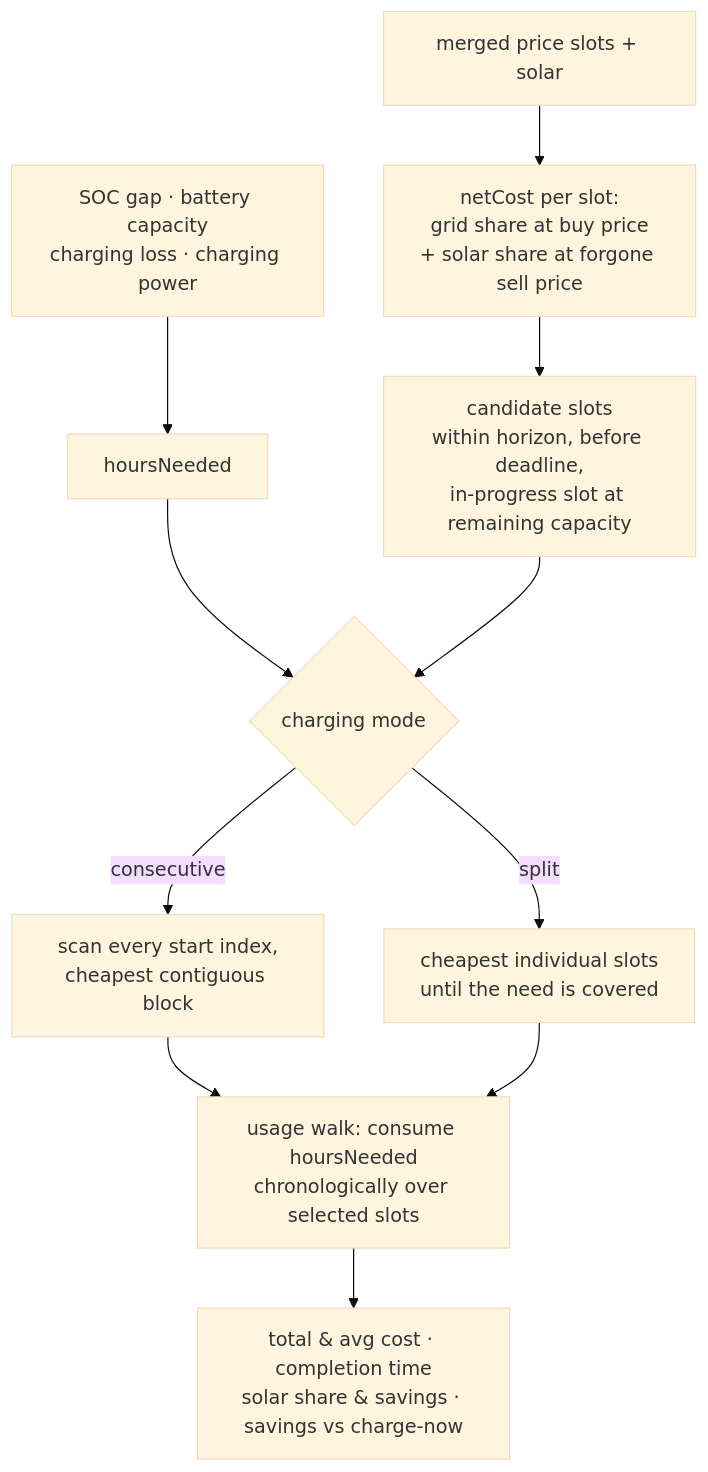
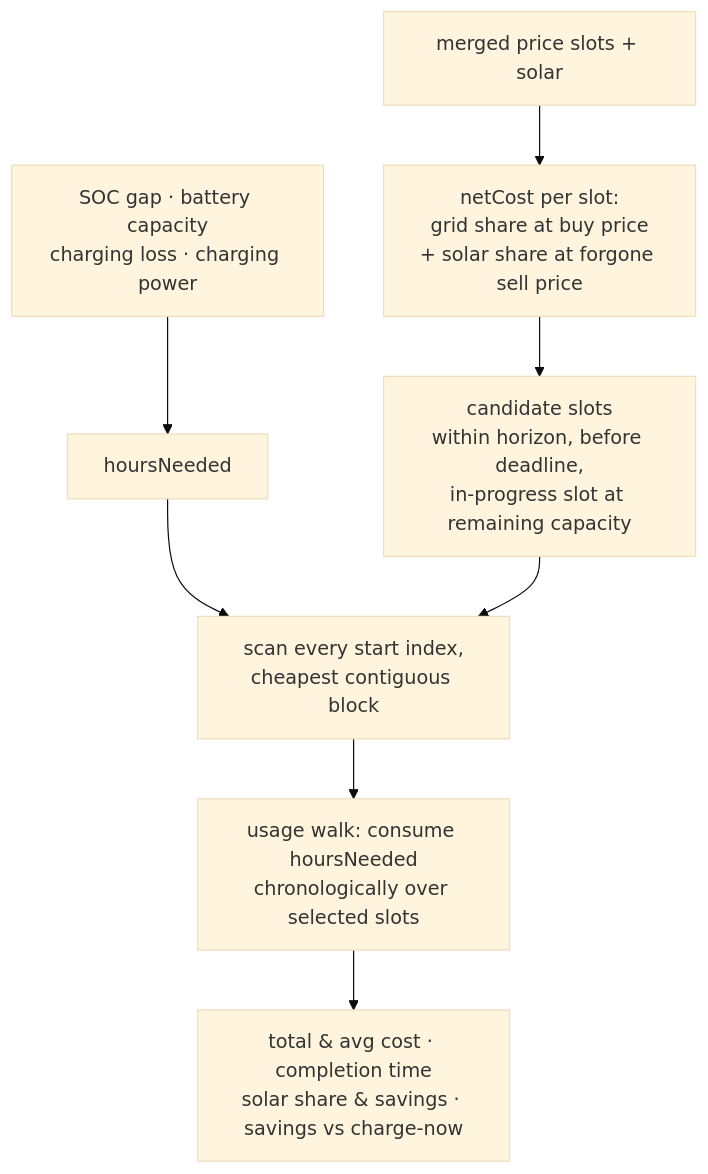
The second of 3 diagrams in README.md (ltpk/charging-optimizer), drawn with Mermaid (base theme) before and after one commit. The commit also changed other lines of this file and 14 other files, not shown here.

````diff
--- a/README.md
+++ b/README.md
@@ -66,13 +65,10 @@
 ```mermaid
 flowchart TD
   IN["SOC gap · battery capacity<br>charging loss · charging power"] --> HN["hoursNeeded"]
   SLOTS["merged price slots + solar"] --> NC["netCost per slot:<br>grid share at buy price<br>+ solar share at forgone sell price"]
   NC --> CAND["candidate slots<br>within horizon, before deadline,<br>in-progress slot at remaining capacity"]
-  HN --> MODE{"charging mode"}
-  CAND --> MODE
-  MODE -->|consecutive| CONS["scan every start index,<br>cheapest contiguous block"]
-  MODE -->|split| SPLIT["cheapest individual slots<br>until the need is covered"]
+  HN --> CONS["scan every start index,<br>cheapest contiguous block"]
+  CAND --> CONS
   CONS --> WALK["usage walk: consume hoursNeeded<br>chronologically over selected slots"]
-  SPLIT --> WALK
   WALK --> OUT["total & avg cost · completion time<br>solar share & savings · savings vs charge-now"]
 ```
````
